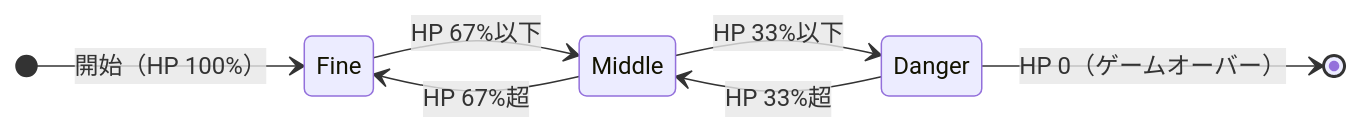
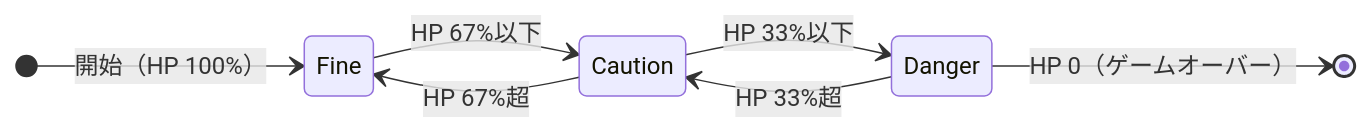
Before and after one commit to fuddt/Cplus: the second of 4 diagrams in chapter-00-goal.md, drawn with Mermaid. The commit also changed other lines of this file, not shown here.

Commit message:
chapter-00-goal.md を更新

````diff
--- a/chapter-00-goal.md
+++ b/chapter-00-goal.md
@@ -75,14 +75,14 @@
 ```mermaid
 stateDiagram-v2
     direction LR
 
     [*] --> Fine : 開始（HP 100%）
 
-    Fine   --> Middle : HP 67%以下
-    Middle --> Fine   : HP 67%超
+    Fine   --> Caution: HP 67%以下
+    Caution --> Fine   : HP 67%超
 
-    Middle --> Danger : HP 33%以下
-    Danger --> Middle : HP 33%超
+    Caution --> Danger : HP 33%以下
+    Danger --> Caution : HP 33%超
 
     Danger --> [*] : HP 0（ゲームオーバー）
 ```
````
